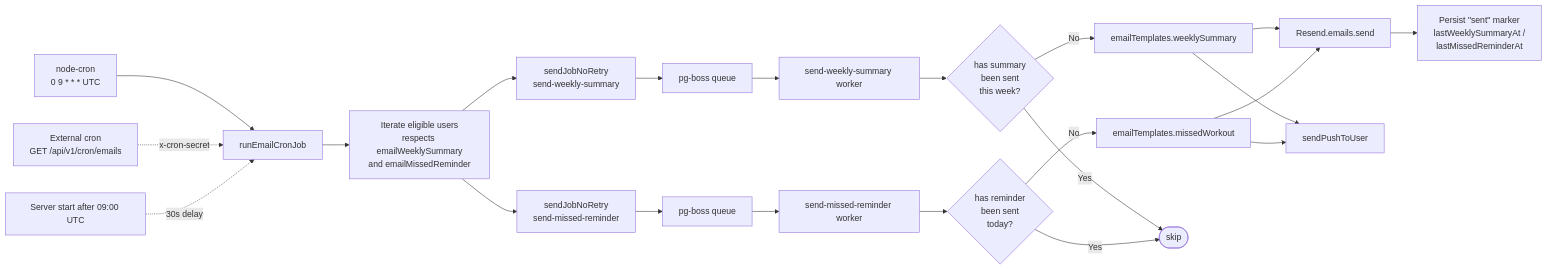
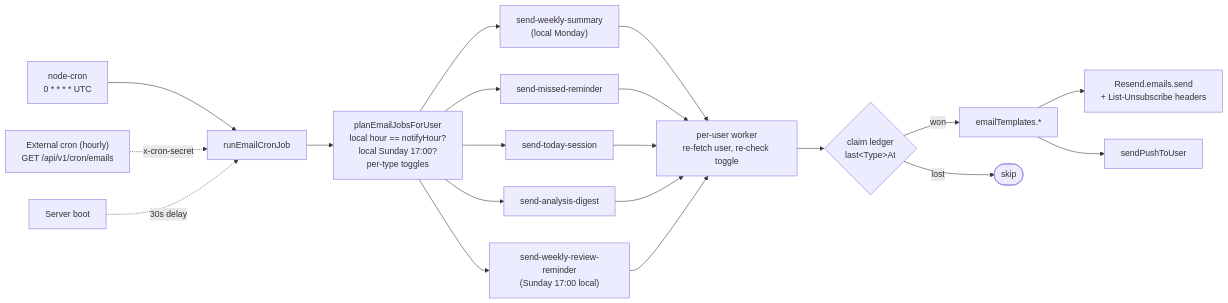
One commit to daler91/Hyrox-Companion changed the eighth of 8 diagrams in docs/architecture.md. Above: the diagram before and after it, drawn with Mermaid. The commit also changed other lines of this file and 6 other files, not shown here.

First line of the commit message:
Document the hourly email scheduler, new email types and unsubscribe

````diff
--- a/docs/architecture.md
+++ b/docs/architecture.md
@@ -425,34 +425,27 @@
 ```mermaid
 flowchart LR
-    Cron["node-cron<br/>0 9 * * * UTC"] --> Run[runEmailCronJob]
-    Ext["External cron<br/>GET /api/v1/cron/emails"] -. x-cron-secret .-> Run
+    Cron["node-cron<br/>0 * * * * UTC"] --> Run[runEmailCronJob]
+    Ext["External cron (hourly)<br/>GET /api/v1/cron/emails"] -. x-cron-secret .-> Run
+    Startup["Server boot"] -. 30s delay .-> Run
 
-    Run --> Scan[Iterate eligible users<br/>respects emailWeeklySummary<br/>and emailMissedReminder]
+    Run --> Plan["planEmailJobsForUser<br/>local hour == notifyHour?<br/>local Sunday 17:00?<br/>per-type toggles"]
 
-    Scan --> EnqWeekly[sendJobNoRetry<br/>send-weekly-summary]
-    Scan --> EnqMissed[sendJobNoRetry<br/>send-missed-reminder]
+    Plan --> QW["send-weekly-summary<br/>(local Monday)"]
+    Plan --> QM["send-missed-reminder"]
+    Plan --> QT["send-today-session"]
+    Plan --> QA["send-analysis-digest"]
+    Plan --> QR["send-weekly-review-reminder<br/>(Sunday 17:00 local)"]
 
-    EnqWeekly --> QW[pg-boss queue]
-    EnqMissed --> QM[pg-boss queue]
+    QW --> W["per-user worker<br/>re-fetch user, re-check toggle"]
+    QM --> W
+    QT --> W
+    QA --> W
+    QR --> W
 
-    QW --> WW[send-weekly-summary worker]
-    QM --> MW[send-missed-reminder worker]
+    W --> Guard{"claim ledger<br/>last&lt;Type&gt;At"}
+    Guard -- won --> Tmpl[emailTemplates.*]
+    Guard -- lost --> Skip([skip])
 
-    WW --> Guard1{"has summary<br/>been sent<br/>this week?"}
-    MW --> Guard2{"has reminder<br/>been sent<br/>today?"}
-
-    Guard1 -- No --> Tmpl1[emailTemplates.weeklySummary]
-    Guard2 -- No --> Tmpl2[emailTemplates.missedWorkout]
-
-    Tmpl1 --> Send[Resend.emails.send]
-    Tmpl2 --> Send
-    Tmpl1 --> Push[sendPushToUser]
-    Tmpl2 --> Push
-
-    Send --> Mark[Persist &quot;sent&quot; marker<br/>lastWeeklySummaryAt /<br/>lastMissedReminderAt]
-
-    Guard1 -- Yes --> Skip([skip])
-    Guard2 -- Yes --> Skip
-
-    Startup["Server start after 09:00 UTC"] -. 30s delay .-> Run
+    Tmpl --> Send["Resend.emails.send<br/>+ List-Unsubscribe headers"]
+    Tmpl --> Push[sendPushToUser]
 ```
````
